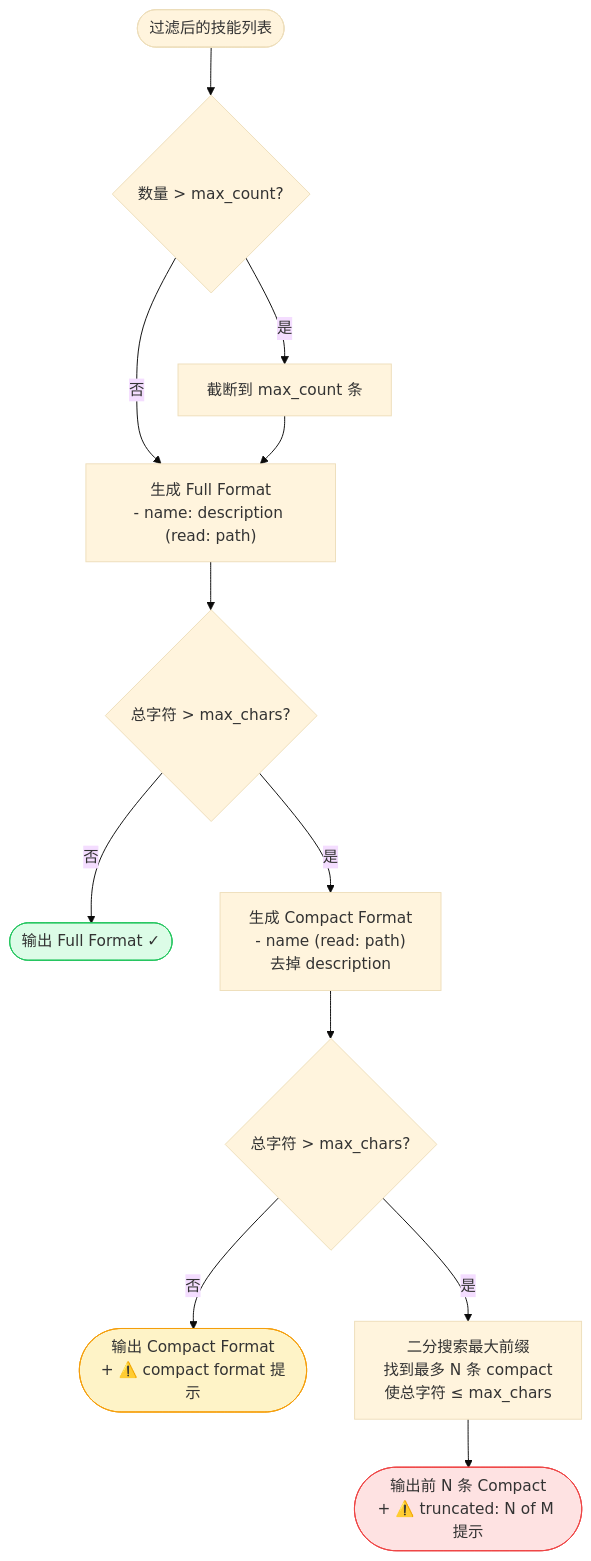
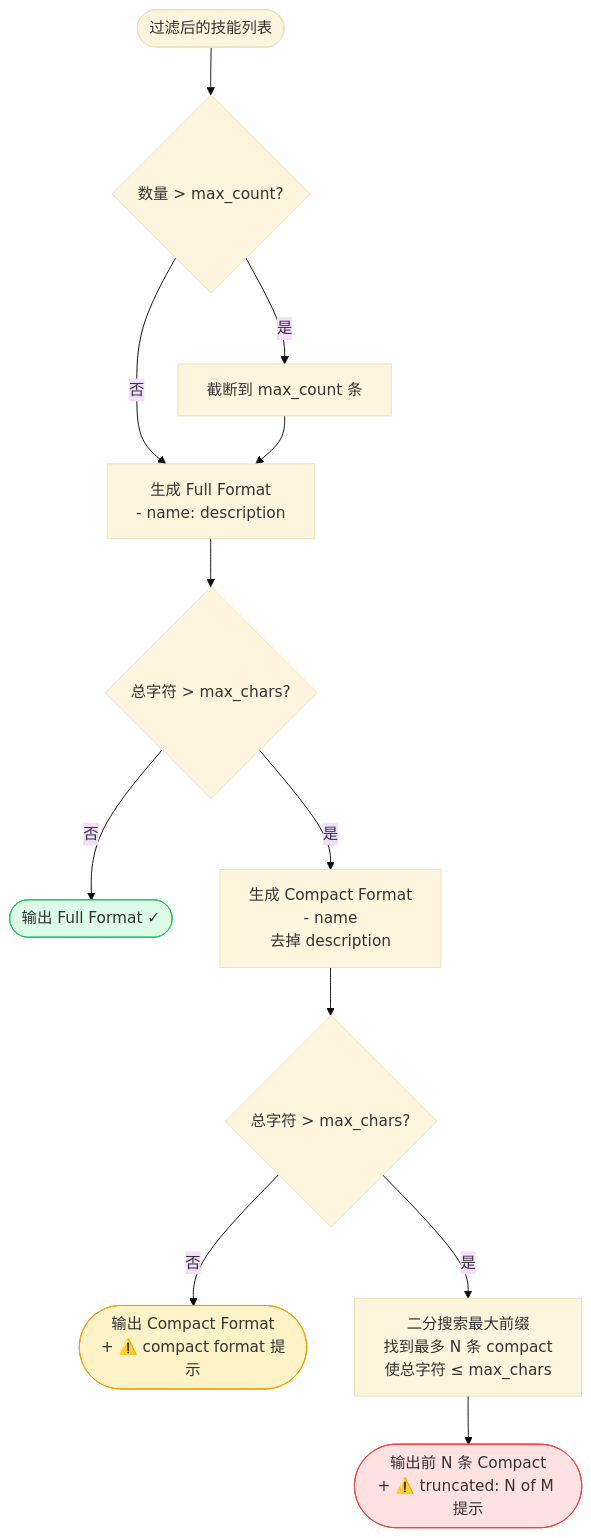
The ninth of 18 diagrams in docs/architecture/skill-system.md (shiwenwen/hope-agent), drawn with Mermaid (base theme) before and after one commit. The commit also changed other lines of this file and 30 other files, not shown here.

````diff
--- a/docs/architecture/skill-system.md
+++ b/docs/architecture/skill-system.md
@@ -409,21 +829,21 @@
 ```mermaid
 flowchart TD
     INPUT(["过滤后的技能列表"]) --> COUNT{"数量 > max_count?"}
     COUNT -->|是| TRIM["截断到 max_count 条"]
     COUNT -->|否| FULL
     TRIM --> FULL
 
-    FULL["生成 Full Format<br/>- name: description (read: path)"] --> CHECK1{"总字符 > max_chars?"}
+    FULL["生成 Full Format<br/>- name: description"] --> CHECK1{"总字符 > max_chars?"}
     CHECK1 -->|否| OUT_FULL(["输出 Full Format ✓"])
 
-    CHECK1 -->|是| COMPACT["生成 Compact Format<br/>- name (read: path)<br/>去掉 description"]
+    CHECK1 -->|是| COMPACT["生成 Compact Format<br/>- name<br/>去掉 description"]
     COMPACT --> CHECK2{"总字符 > max_chars?"}
     CHECK2 -->|否| OUT_COMPACT(["输出 Compact Format<br/>+ ⚠️ compact format 提示"])
 
     CHECK2 -->|是| BSEARCH["二分搜索最大前缀<br/>找到最多 N 条 compact<br/>使总字符 ≤ max_chars"]
     BSEARCH --> OUT_TRUNC(["输出前 N 条 Compact<br/>+ ⚠️ truncated: N of M 提示"])
 
     style OUT_FULL fill:#dcfce7,stroke:#22c55e
     style OUT_COMPACT fill:#fef3c7,stroke:#f59e0b
     style OUT_TRUNC fill:#fee2e2,stroke:#ef4444
 ```
````
